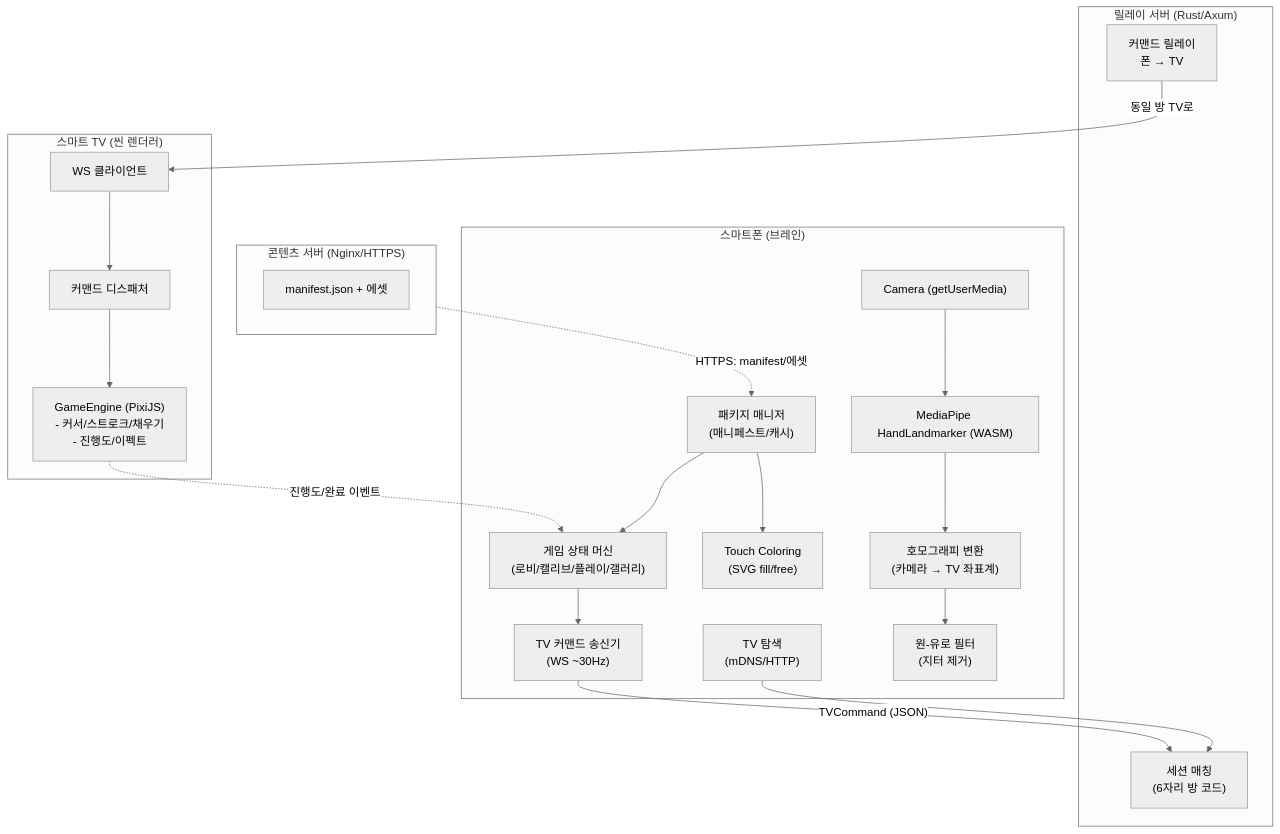
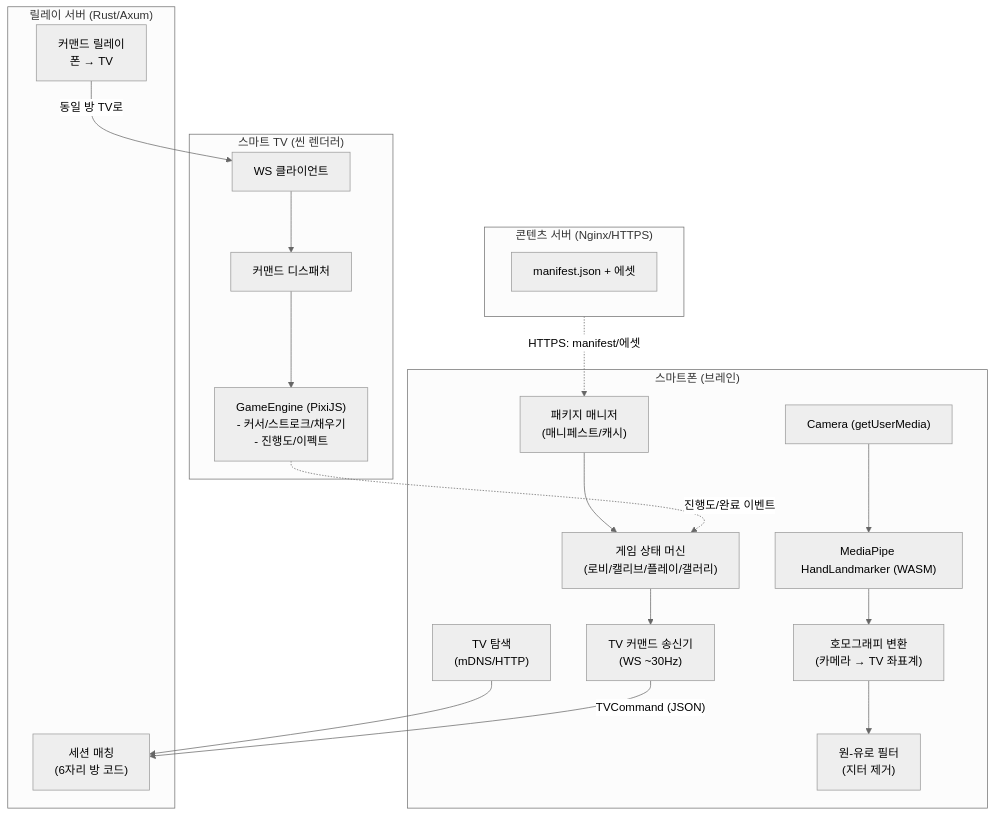
Before and after one commit to devcy0922/aircanvas-kids: the second of 3 diagrams in docs/architecture.md, drawn with Mermaid (neutral theme). The commit also changed other lines of this file and 145 other files, not shown here.

````diff
--- a/docs/architecture.md
+++ b/docs/architecture.md
@@ -256,40 +146,38 @@
 ```mermaid
 flowchart TB
     subgraph ContentServer["콘텐츠 서버 (Nginx/HTTPS)"]
         MANIFEST["manifest.json + 에셋"]
     end
 
     subgraph Phone["스마트폰 (브레인)"]
-        TOUCH["Touch Coloring\n(SVG fill/free)"]
         CAM["Camera (getUserMedia)"]
         MP["MediaPipe HandLandmarker (WASM)"]
         CAL["호모그래피 변환\n(카메라 → TV 좌표계)"]
         SMOOTH["원-유로 필터\n(지터 제거)"]
         PKG["패키지 매니저\n(매니페스트/캐시)"]
         DISCOVERY["TV 탐색\n(mDNS/HTTP)"]
         STATE["게임 상태 머신\n(로비/캘리브/플레이/갤러리)"]
         CMD["TV 커맨드 송신기\n(WS ~30Hz)"]
     end
 
     subgraph Server["릴레이 서버 (Rust/Axum)"]
         MATCH["세션 매칭\n(6자리 방 코드)"]
         RELAY["커맨드 릴레이\n폰 → TV"]
     end
 
     subgraph TV["스마트 TV (씬 렌더러)"]
         WS["WS 클라이언트"]
         DISPATCH["커맨드 디스패처"]
         ENGINE["GameEngine (PixiJS)\n- 커서/스트로크/채우기\n- 진행도/이펙트"]
     end
 
     ContentServer -. "HTTPS: manifest/에셋" .-> PKG
-    PKG --> TOUCH
     CAM --> MP --> CAL --> SMOOTH
     DISCOVERY --> MATCH
     PKG --> STATE
     STATE --> CMD
     CMD -- "TVCommand (JSON)" --> MATCH
     RELAY -- "동일 방 TV로" --> WS
     WS --> DISPATCH --> ENGINE
     ENGINE -. "진행도/완료 이벤트" .-> STATE
 ```
````
